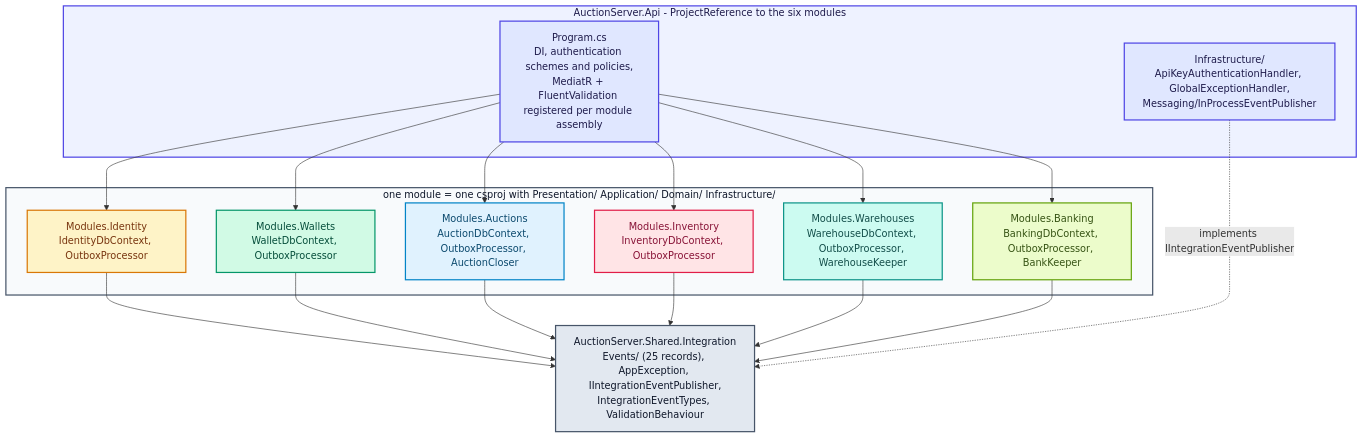
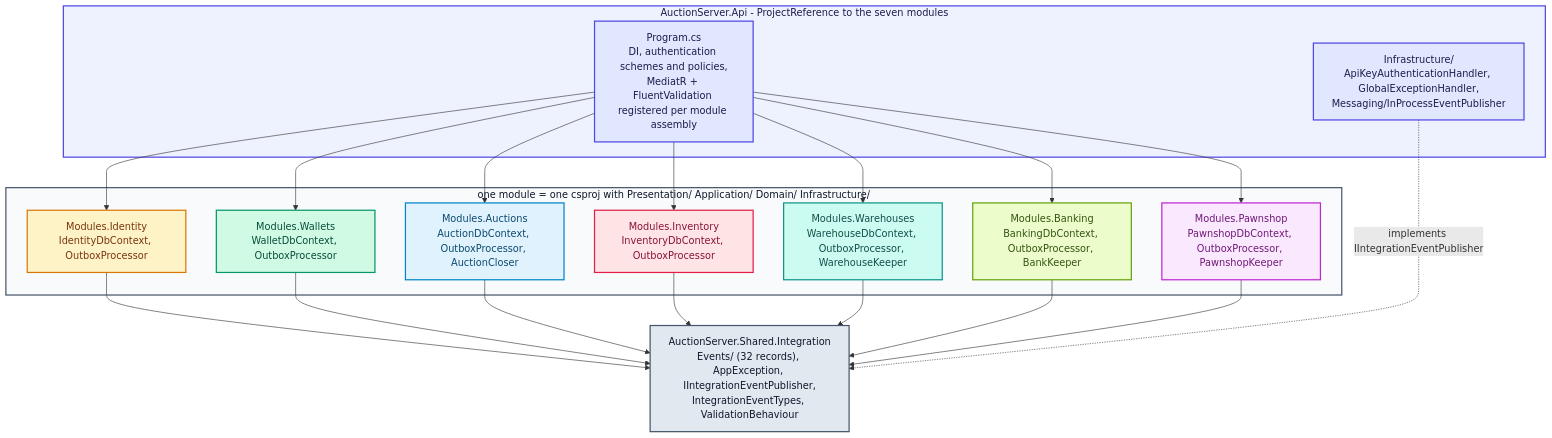
The diagram in docs/diagrams/src/architecture-02-module-layering.mmd (Zambrzyckii/Auction), drawn with Mermaid before and after one commit. The commit also changed 39 other files, not shown here.

```diff
--- a/docs/diagrams/src/architecture-02-module-layering.mmd
+++ b/docs/diagrams/src/architecture-02-module-layering.mmd
@@ -1,36 +1,38 @@
 flowchart TB
 
-    subgraph Host ["AuctionServer.Api - ProjectReference to the six modules"]
+    subgraph Host ["AuctionServer.Api - ProjectReference to the seven modules"]
         Program["Program.cs<br/>DI, authentication schemes and policies,<br/>MediatR + FluentValidation registered per module assembly"]:::host
         ApiInfra["Infrastructure/<br/>ApiKeyAuthenticationHandler, GlobalExceptionHandler,<br/>Messaging/InProcessEventPublisher"]:::host
     end
 
     subgraph Modules ["one module = one csproj with Presentation/ Application/ Domain/ Infrastructure/"]
         Identity["Modules.Identity<br/>IdentityDbContext, OutboxProcessor"]:::identity
         Wallets["Modules.Wallets<br/>WalletDbContext, OutboxProcessor"]:::wallets
         Auctions["Modules.Auctions<br/>AuctionDbContext, OutboxProcessor, AuctionCloser"]:::auctions
         Inventory["Modules.Inventory<br/>InventoryDbContext, OutboxProcessor"]:::inventory
         Warehouses["Modules.Warehouses<br/>WarehouseDbContext, OutboxProcessor, WarehouseKeeper"]:::warehouses
         Banking["Modules.Banking<br/>BankingDbContext, OutboxProcessor, BankKeeper"]:::banking
+        Pawnshop["Modules.Pawnshop<br/>PawnshopDbContext, OutboxProcessor, PawnshopKeeper"]:::pawnshop
     end
 
-    Shared["AuctionServer.Shared.Integration<br/>Events/ (25 records), AppException, IIntegrationEventPublisher,<br/>IntegrationEventTypes, ValidationBehaviour"]:::shared
+    Shared["AuctionServer.Shared.Integration<br/>Events/ (32 records), AppException, IIntegrationEventPublisher,<br/>IntegrationEventTypes, ValidationBehaviour"]:::shared
 
-    Program --> Identity & Wallets & Auctions & Inventory & Warehouses & Banking
-    Identity & Wallets & Auctions & Inventory & Warehouses & Banking --> Shared
+    Program --> Identity & Wallets & Auctions & Inventory & Warehouses & Banking & Pawnshop
+    Identity & Wallets & Auctions & Inventory & Warehouses & Banking & Pawnshop --> Shared
     ApiInfra -.->|"implements IIntegrationEventPublisher"| Shared
 
     style Host fill:#EEF2FF,stroke:#4F46E5,stroke-width:2px,color:#1E1B4B
     style Modules fill:#F8FAFC,stroke:#475569,stroke-width:2px,color:#0F172A
 
     classDef client    fill:#FFEDD5,stroke:#EA580C,stroke-width:2px,color:#7C2D12
     classDef host      fill:#E0E7FF,stroke:#4F46E5,stroke-width:2px,color:#1E1B4B
     classDef identity  fill:#FEF3C7,stroke:#D97706,stroke-width:2px,color:#78350F
     classDef wallets   fill:#D1FAE5,stroke:#059669,stroke-width:2px,color:#064E3B
     classDef auctions  fill:#E0F2FE,stroke:#0284C7,stroke-width:2px,color:#0C4A6E
     classDef inventory fill:#FFE4E6,stroke:#E11D48,stroke-width:2px,color:#881337
     classDef warehouses fill:#CCFBF1,stroke:#0D9488,stroke-width:2px,color:#134E4A
     classDef banking   fill:#ECFCCB,stroke:#65A30D,stroke-width:2px,color:#365314
+    classDef pawnshop  fill:#FAE8FF,stroke:#C026D3,stroke-width:2px,color:#701A75
     classDef shared    fill:#E2E8F0,stroke:#475569,stroke-width:2px,color:#0F172A
     classDef planned   fill:#F4F4F5,stroke:#71717A,stroke-width:2px,stroke-dasharray:6 4,color:#27272A
     classDef db        fill:#F3E8FF,stroke:#9333EA,stroke-width:2px,color:#581C87
```
